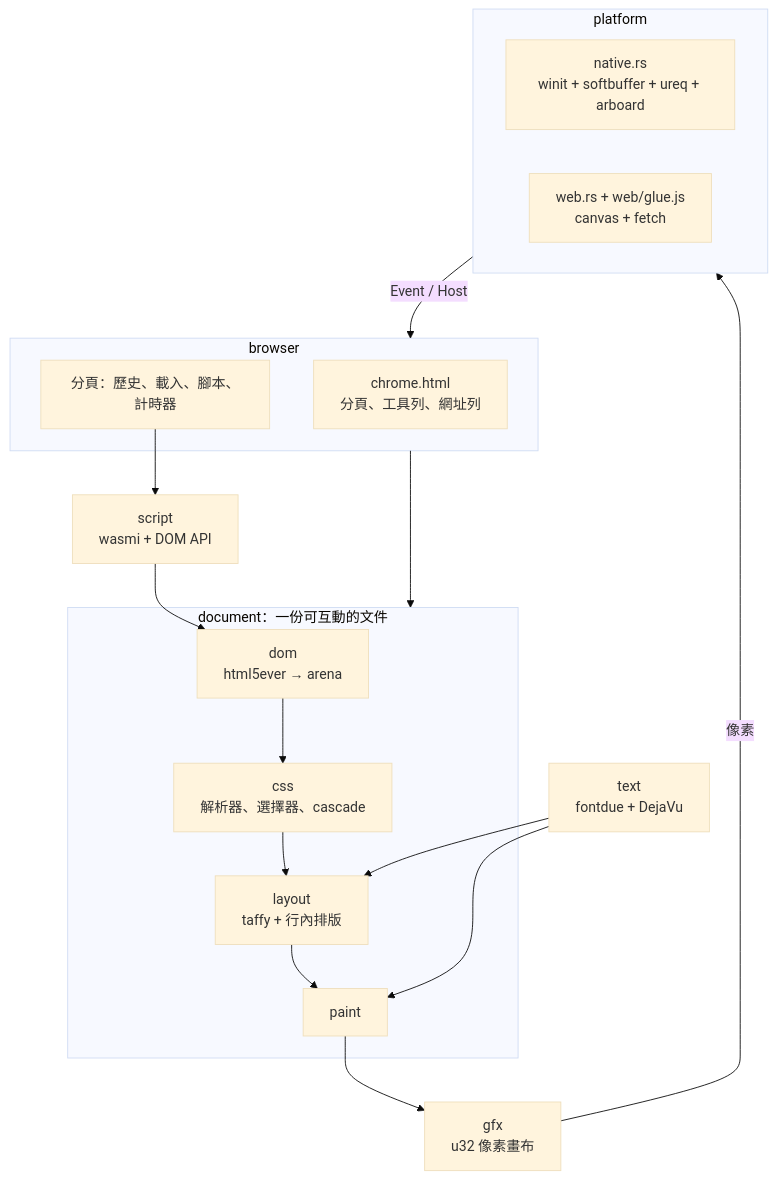
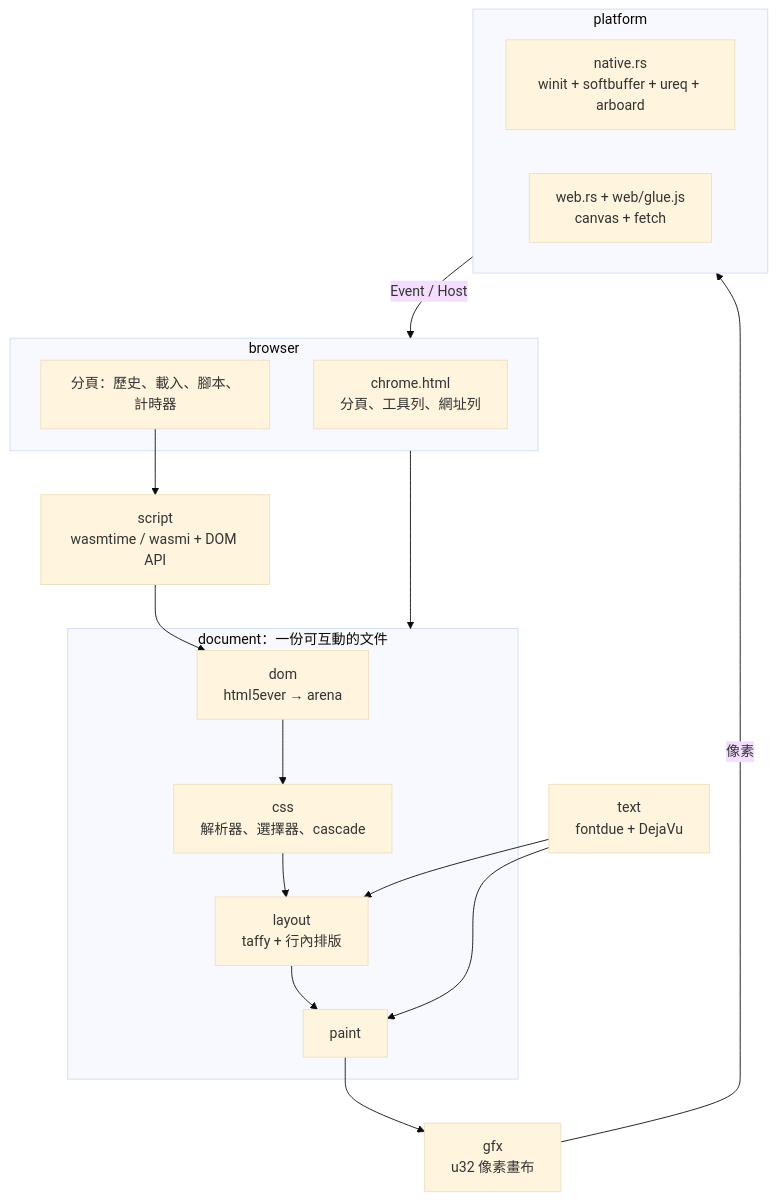
One commit to ccc-claude-opus/rubrowser changed the first of 3 diagrams in doc/architecture.md. Above: the diagram before and after it, drawn with Mermaid (base theme). The commit also changed other lines of this file and 11 other files, not shown here.

````diff
--- a/doc/architecture.md
+++ b/doc/architecture.md
@@ -7,28 +7,28 @@
 ```mermaid
 flowchart TB
   subgraph Platform["platform"]
     N["native.rs<br/>winit + softbuffer + ureq + arboard"]
     W["web.rs + web/glue.js<br/>canvas + fetch"]
   end
   subgraph Browser["browser"]
     CH["chrome.html<br/>分頁、工具列、網址列"]
     TABS["分頁：歷史、載入、腳本、計時器"]
   end
   subgraph Doc["document：一份可互動的文件"]
     DOM["dom<br/>html5ever → arena"]
     CSS["css<br/>解析器、選擇器、cascade"]
     LAY["layout<br/>taffy + 行內排版"]
     PAINT["paint"]
   end
-  SCRIPT["script<br/>wasmi + DOM API"]
+  SCRIPT["script<br/>wasmtime / wasmi + DOM API"]
   TEXT["text<br/>fontdue + DejaVu"]
   GFX["gfx<br/>u32 像素畫布"]
 
   Platform -- "Event / Host" --> Browser
   Browser --> Doc
   TABS --> SCRIPT --> DOM
   DOM --> CSS --> LAY --> PAINT --> GFX
   TEXT --> LAY
   TEXT --> PAINT
   GFX -- "像素" --> Platform
 ```
````
